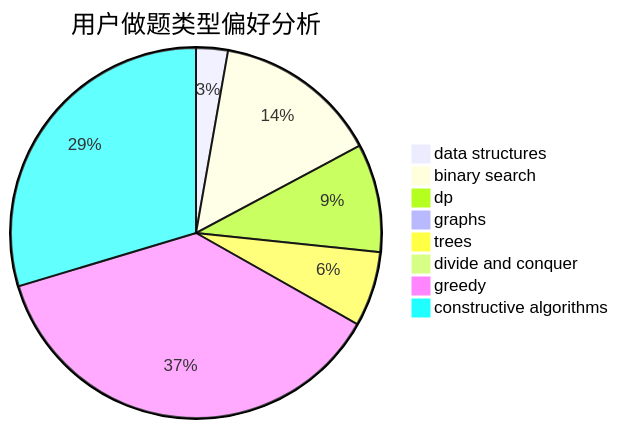
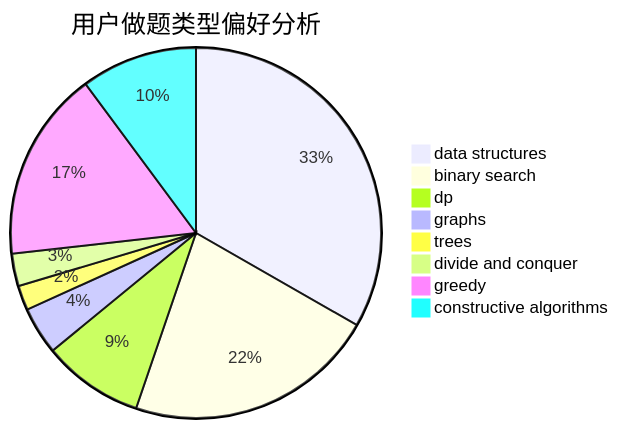
The second of 3 diagrams in docs/user/u2364.md (sherpahu/cfrs.github.io), drawn with Mermaid before and after one commit. The commit also changed other lines of this file and 2770 other files, not shown here.

````diff
--- a/docs/user/u2364.md
+++ b/docs/user/u2364.md
@@ -23,11 +23,11 @@
 ```mermaid
 pie title 用户做题类型偏好分析
-    "data structures" :  39
-    "binary search" :  203
-    "dp" :  133
-    "graphs" :  13
-    "trees" :  92
-    "divide and conquer" :  0
-    "greedy" :  523
-    "constructive algorithms" :  417
+    "data structures" :  200
+    "binary search" :  132
+    "dp" :  53
+    "graphs" :  25
+    "trees" :  13
+    "divide and conquer" :  17
+    "greedy" :  100
+    "constructive algorithms" :  61
 ```
````
